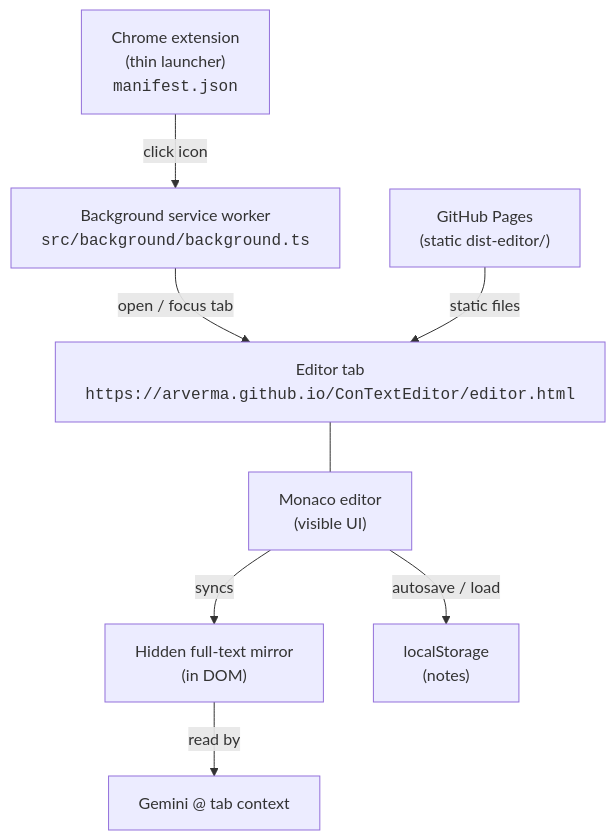
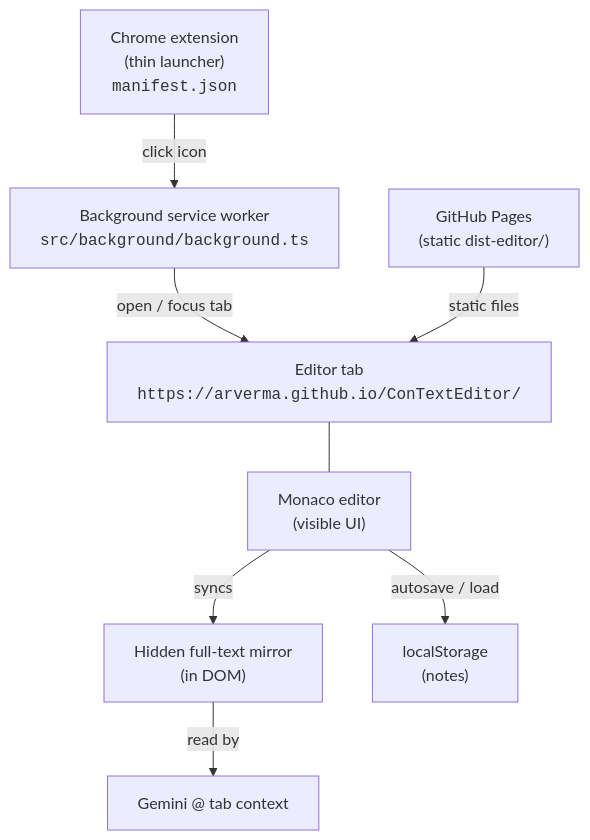
Before and after one commit to arverma/ConTextEditor: the diagram in docs/ARCHITECTURE.md, drawn with Mermaid. The commit also changed other lines of this file and 9 other files, not shown here.

Commit message:
Serve editor as index.html for Pages root URL

````diff
--- a/docs/ARCHITECTURE.md
+++ b/docs/ARCHITECTURE.md
@@ -18,19 +18,19 @@
 ```mermaid
 flowchart TB
   ext["Chrome extension<br/>(thin launcher)<br/><code>manifest.json</code>"]
   bg["Background service worker<br/><code>src/background/background.ts</code>"]
-  editor["Editor tab<br/><code>https://arverma.github.io/ConTextEditor/editor.html</code>"]
+  editor["Editor tab<br/><code>https://arverma.github.io/ConTextEditor/</code>"]
   monaco["Monaco editor<br/>(visible UI)"]
   mirror["Hidden full-text mirror<br/>(in DOM)"]
   storage["localStorage<br/>(notes)"]
   gemini["Gemini @ tab context"]
   pages["GitHub Pages<br/>(static dist-editor/)"]
 
   ext -->|"click icon"| bg
   bg -->|"open / focus tab"| editor
   editor --- monaco
   monaco -->|"syncs"| mirror
   monaco -->|"autosave / load"| storage
   mirror -->|"read by"| gemini
   pages -->|"static files"| editor
 ```
````
